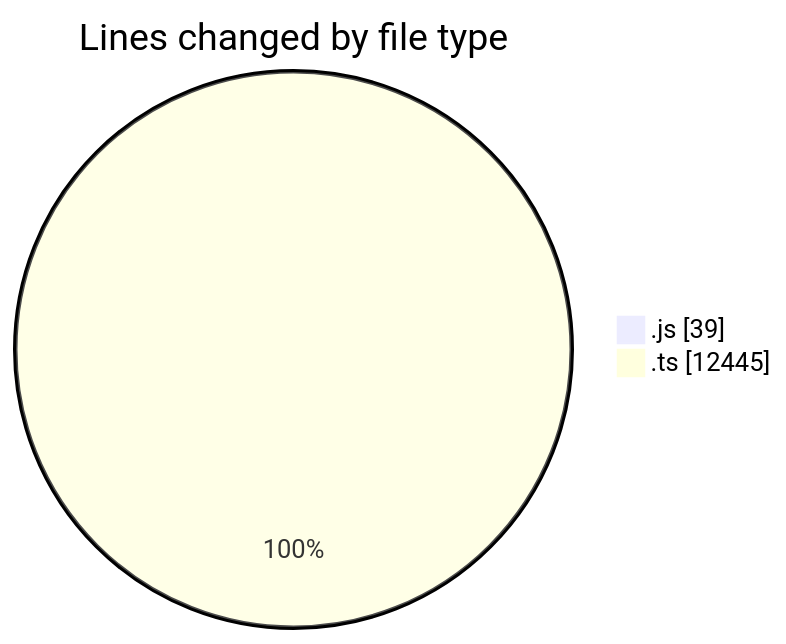
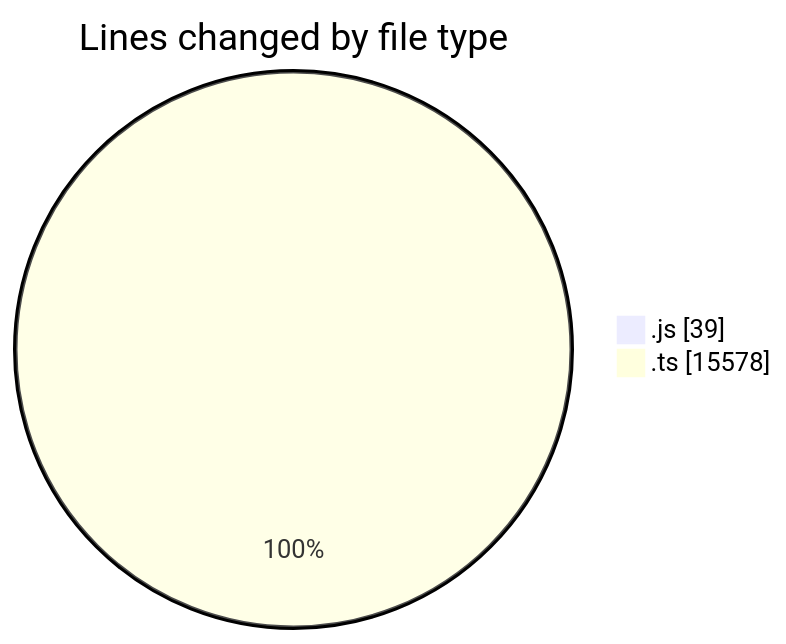
The first of 2 diagrams in 2025-06-19/cda/README.md (momahboobian/code-tracking), drawn with Mermaid before and after one commit. The commit also changed other lines of this file and 1 other file, not shown here.

````diff
--- a/2025-06-19/cda/README.md
+++ b/2025-06-19/cda/README.md
@@ -24,6 +25,6 @@
 ```mermaid
 pie showData
 title Lines changed by file type
 ".js" : 39
-".ts" : 12445
+".ts" : 15578
 ```
````
